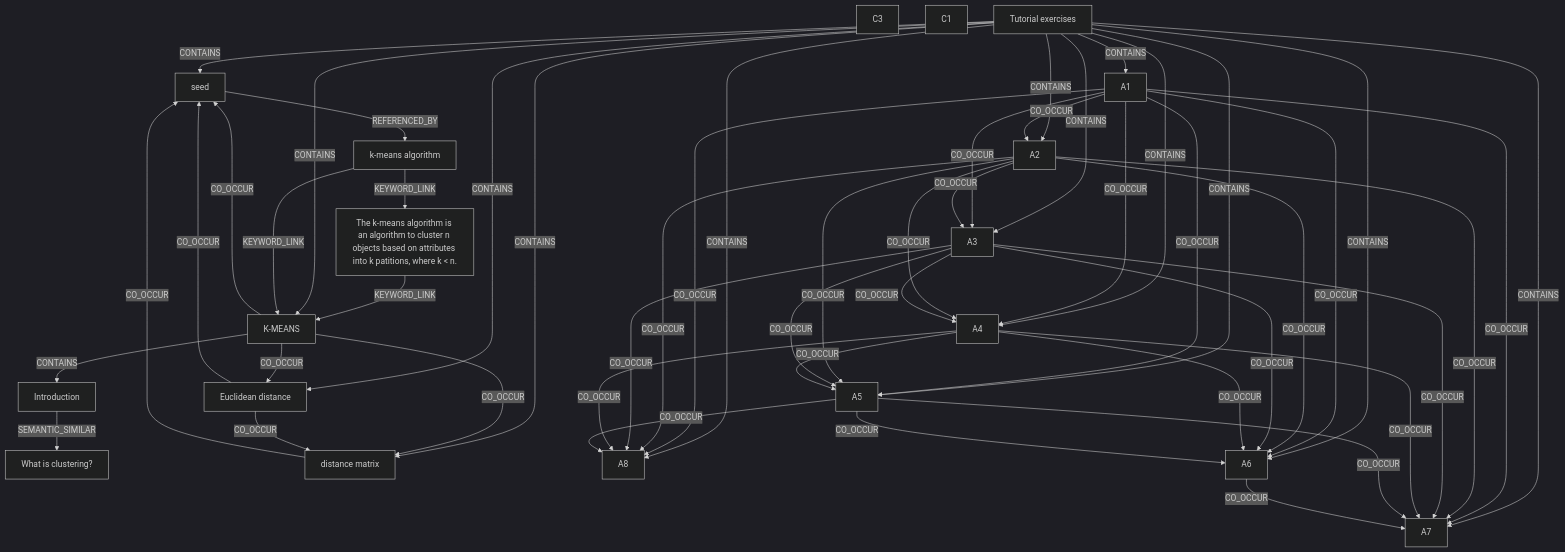
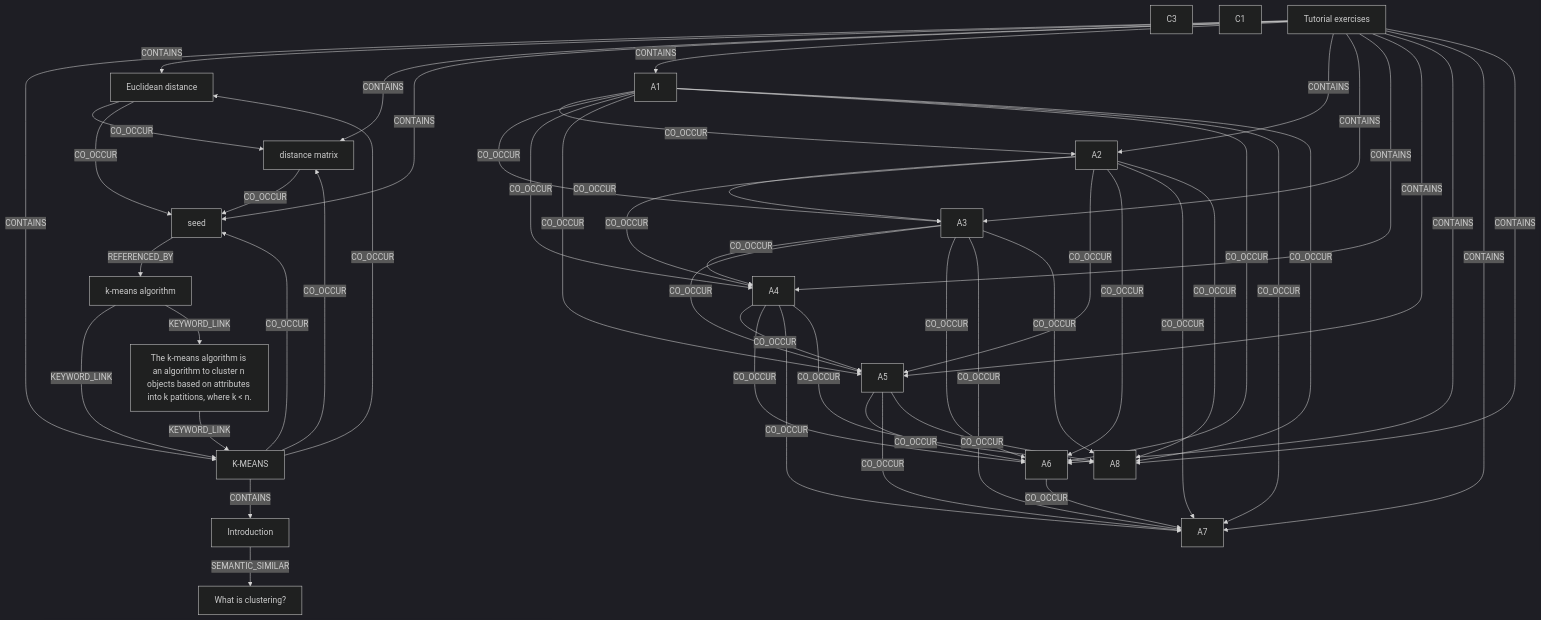
One commit to ankit-sengupta05/cyborg changed the diagram in AI_OS/Ontology/Ontology_Clustering.md. Above: the diagram before and after it, drawn with Mermaid (dark theme). The commit also changed other lines of this file and 10 other files, not shown here.

````diff
--- a/AI_OS/Ontology/Ontology_Clustering.md
+++ b/AI_OS/Ontology/Ontology_Clustering.md
@@ -26,72 +26,72 @@
 ```mermaid
 graph TD
-    n0["What is clustering?"]
-    n1["seed"]
-    n2["A1"]
-    n3["Introduction"]
-    n4["distance matrix"]
-    n5["A2"]
-    n6["A7"]
-    n7["The k-means algorithm is an algorithm to cluster n objects based on attributes into k patitions, where k < n."]
-    n8["k-means algorithm"]
-    n9["A4"]
-    n10["C3"]
-    n11["A8"]
-    n12["A5"]
+    n0["Introduction"]
+    n1["A2"]
+    n2["A8"]
+    n3["Euclidean distance"]
+    n4["C3"]
+    n5["A4"]
+    n6["distance matrix"]
+    n7["seed"]
+    n8["A5"]
+    n9["k-means algorithm"]
+    n10["A1"]
+    n11["The k-means algorithm is an algorithm to cluster n objects based on attributes into k patitions, where k < n."]
+    n12["C1"]
     n13["A6"]
-    n14["C1"]
-    n15["A3"]
-    n16["Tutorial exercises"]
-    n17["Euclidean distance"]
-    n18["K-MEANS"]
-    n18 -->|CONTAINS| n3
-    n3 -->|SEMANTIC_SIMILAR| n0
-    n7 -->|KEYWORD_LINK| n18
-    n16 -->|CONTAINS| n18
-    n16 -->|CONTAINS| n17
-    n16 -->|CONTAINS| n4
-    n16 -->|CONTAINS| n1
-    n18 -->|CO_OCCUR| n17
-    n18 -->|CO_OCCUR| n4
-    n18 -->|CO_OCCUR| n1
-    n17 -->|CO_OCCUR| n4
-    n17 -->|CO_OCCUR| n1
-    n4 -->|CO_OCCUR| n1
-    n8 -->|KEYWORD_LINK| n18
-    n8 -->|KEYWORD_LINK| n7
-    n1 -->|REFERENCED_BY| n8
-    n16 -->|CONTAINS| n2
-    n16 -->|CONTAINS| n5
-    n16 -->|CONTAINS| n15
-    n16 -->|CONTAINS| n9
-    n16 -->|CONTAINS| n12
-    n16 -->|CONTAINS| n13
-    n16 -->|CONTAINS| n6
-    n16 -->|CONTAINS| n11
-    n2 -->|CO_OCCUR| n5
-    n2 -->|CO_OCCUR| n15
-    n2 -->|CO_OCCUR| n9
-    n2 -->|CO_OCCUR| n12
-    n2 -->|CO_OCCUR| n13
-    n2 -->|CO_OCCUR| n6
-    n2 -->|CO_OCCUR| n11
+    n14["Tutorial exercises"]
+    n15["A7"]
+    n16["K-MEANS"]
+    n17["A3"]
+    n18["What is clustering?"]
+    n16 -->|CONTAINS| n0
+    n0 -->|SEMANTIC_SIMILAR| n18
+    n11 -->|KEYWORD_LINK| n16
+    n14 -->|CONTAINS| n16
+    n14 -->|CONTAINS| n3
+    n14 -->|CONTAINS| n6
+    n14 -->|CONTAINS| n7
+    n16 -->|CO_OCCUR| n3
+    n16 -->|CO_OCCUR| n6
+    n16 -->|CO_OCCUR| n7
+    n3 -->|CO_OCCUR| n6
+    n3 -->|CO_OCCUR| n7
+    n6 -->|CO_OCCUR| n7
+    n9 -->|KEYWORD_LINK| n16
+    n9 -->|KEYWORD_LINK| n11
+    n7 -->|REFERENCED_BY| n9
+    n14 -->|CONTAINS| n10
+    n14 -->|CONTAINS| n1
+    n14 -->|CONTAINS| n17
+    n14 -->|CONTAINS| n5
+    n14 -->|CONTAINS| n8
+    n14 -->|CONTAINS| n13
+    n14 -->|CONTAINS| n15
+    n14 -->|CONTAINS| n2
+    n10 -->|CO_OCCUR| n1
+    n10 -->|CO_OCCUR| n17
+    n10 -->|CO_OCCUR| n5
+    n10 -->|CO_OCCUR| n8
+    n10 -->|CO_OCCUR| n13
+    n10 -->|CO_OCCUR| n15
+    n10 -->|CO_OCCUR| n2
+    n1 -->|CO_OCCUR| n17
+    n1 -->|CO_OCCUR| n5
+    n1 -->|CO_OCCUR| n8
+    n1 -->|CO_OCCUR| n13
+    n1 -->|CO_OCCUR| n15
+    n1 -->|CO_OCCUR| n2
+    n17 -->|CO_OCCUR| n5
+    n17 -->|CO_OCCUR| n8
+    n17 -->|CO_OCCUR| n13
+    n17 -->|CO_OCCUR| n15
+    n17 -->|CO_OCCUR| n2
+    n5 -->|CO_OCCUR| n8
+    n5 -->|CO_OCCUR| n13
     n5 -->|CO_OCCUR| n15
-    n5 -->|CO_OCCUR| n9
-    n5 -->|CO_OCCUR| n12
-    n5 -->|CO_OCCUR| n13
-    n5 -->|CO_OCCUR| n6
-    n5 -->|CO_OCCUR| n11
-    n15 -->|CO_OCCUR| n9
-    n15 -->|CO_OCCUR| n12
-    n15 -->|CO_OCCUR| n13
-    n15 -->|CO_OCCUR| n6
-    n15 -->|CO_OCCUR| n11
-    n9 -->|CO_OCCUR| n12
-    n9 -->|CO_OCCUR| n13
-    n9 -->|CO_OCCUR| n6
-    n9 -->|CO_OCCUR| n11
-    n12 -->|CO_OCCUR| n13
-    n12 -->|CO_OCCUR| n6
-    n12 -->|CO_OCCUR| n11
-    n13 -->|CO_OCCUR| n6
+    n5 -->|CO_OCCUR| n2
+    n8 -->|CO_OCCUR| n13
+    n8 -->|CO_OCCUR| n15
+    n8 -->|CO_OCCUR| n2
+    n13 -->|CO_OCCUR| n15
 ```
````
